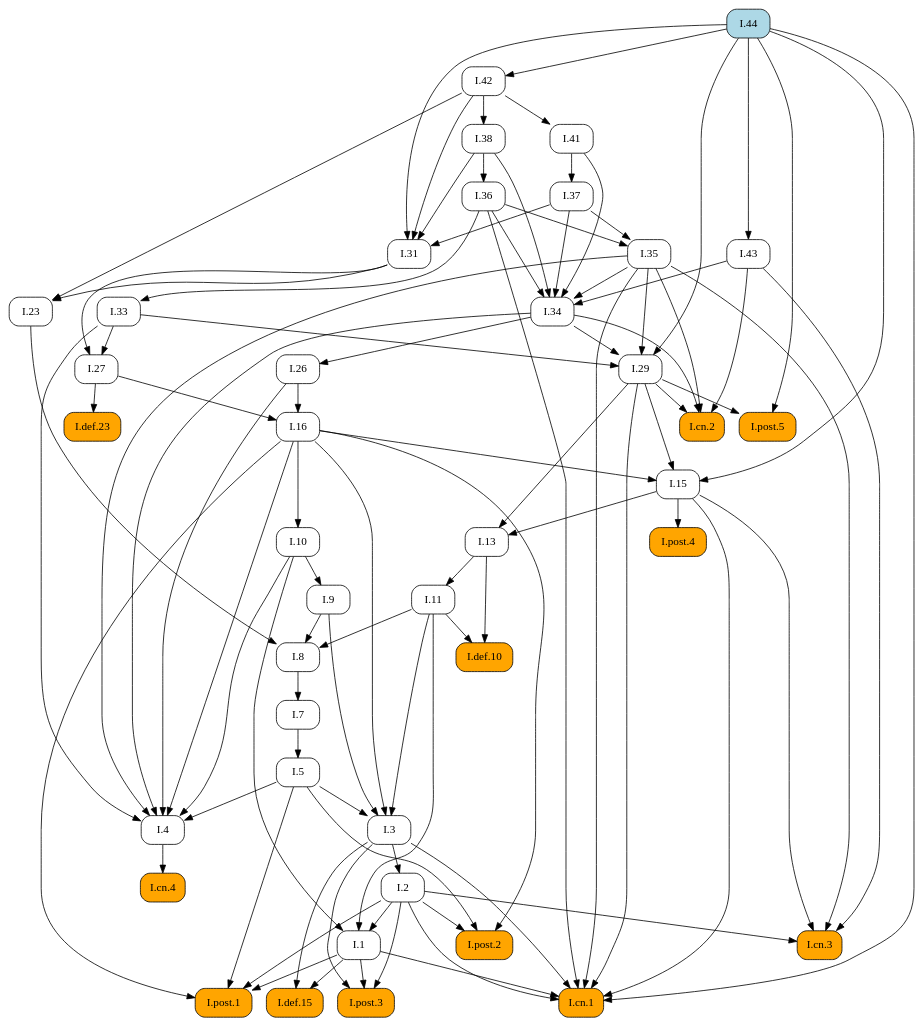
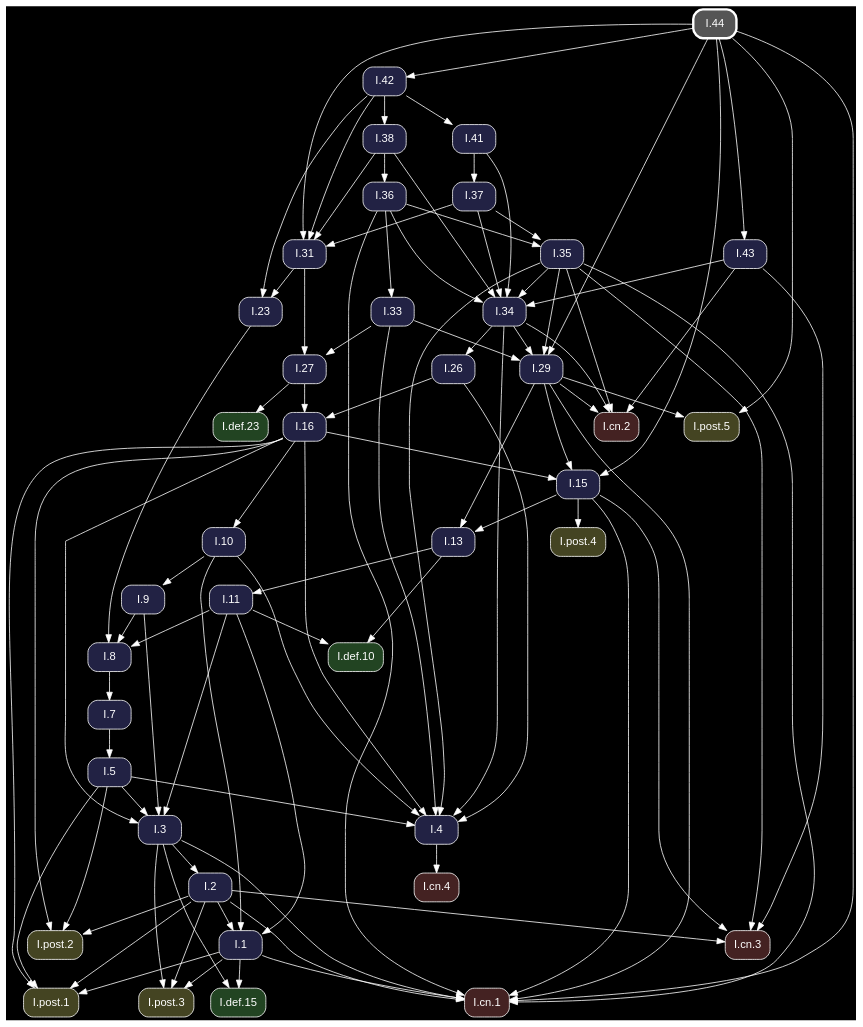
Before and after one commit to geometor/elements: the diagram in docsrc/heath/I/44/index.rst, drawn with Graphviz. The commit also changed other lines of this file and 1200 other files, not shown here.

Commit message:
update dependency graphs

```diff
--- a/docsrc/heath/I/44/index.rst
+++ b/docsrc/heath/I/44/index.rst
@@ -57,83 +57,58 @@
 .. graphviz::
 
    digraph {
+     bgcolor="black";
+     node [shape=box, style="rounded,filled", fontname="Helvetica", color="white", fontcolor="white"];
+     edge [color="white", fontcolor="white"];
      rankdir="TB";
-     node [shape=box, style=rounded];
-     "I.23" [URL="/heath/I/23/", target="_top"];
-     "I.9" [URL="/heath/I/9/", target="_top"];
-     "I.33" [URL="/heath/I/33/", target="_top"];
-     "I.def.15" [style="rounded,filled", fillcolor=orange, URL="/heath/I/def.15/", target="_top"];
-     "I.post.3" [style="rounded,filled", fillcolor=orange, URL="/heath/I/post.3/", target="_top"];
-     "I.post.1" [style="rounded,filled", fillcolor=orange, URL="/heath/I/post.1/", target="_top"];
-     "I.43" [URL="/heath/I/43/", target="_top"];
-     "I.42" [URL="/heath/I/42/", target="_top"];
-     "I.31" [URL="/heath/I/31/", target="_top"];
-     "I.def.10" [style="rounded,filled", fillcolor=orange, URL="/heath/I/def.10/", target="_top"];
-     "I.27" [URL="/heath/I/27/", target="_top"];
-     "I.34" [URL="/heath/I/34/", target="_top"];
-     "I.3" [URL="/heath/I/3/", target="_top"];
-     "I.35" [URL="/heath/I/35/", target="_top"];
-     "I.cn.1" [style="rounded,filled", fillcolor=orange, URL="/heath/I/cn.1/", target="_top"];
-     "I.7" [URL="/heath/I/7/", target="_top"];
-     "I.2" [URL="/heath/I/2/", target="_top"];
-     "I.36" [URL="/heath/I/36/", target="_top"];
-     "I.13" [URL="/heath/I/13/", target="_top"];
-     "I.post.4" [style="rounded,filled", fillcolor=orange, URL="/heath/I/post.4/", target="_top"];
-     "I.4" [URL="/heath/I/4/", target="_top"];
-     "I.1" [URL="/heath/I/1/", target="_top"];
-     "I.5" [URL="/heath/I/5/", target="_top"];
-     "I.8" [URL="/heath/I/8/", target="_top"];
-     "I.37" [URL="/heath/I/37/", target="_top"];
-     "I.cn.3" [style="rounded,filled", fillcolor=orange, URL="/heath/I/cn.3/", target="_top"];
-     "I.29" [URL="/heath/I/29/", target="_top"];
-     "I.16" [URL="/heath/I/16/", target="_top"];
-     "I.38" [URL="/heath/I/38/", target="_top"];
-     "I.15" [URL="/heath/I/15/", target="_top"];
-     "I.10" [URL="/heath/I/10/", target="_top"];
-     "I.11" [URL="/heath/I/11/", target="_top"];
-     "I.def.23" [style="rounded,filled", fillcolor=orange, URL="/heath/I/def.23/", target="_top"];
-     "I.cn.2" [style="rounded,filled", fillcolor=orange, URL="/heath/I/cn.2/", target="_top"];
-     "I.post.5" [style="rounded,filled", fillcolor=orange, URL="/heath/I/post.5/", target="_top"];
-     "I.cn.4" [style="rounded,filled", fillcolor=orange, URL="/heath/I/cn.4/", target="_top"];
-     "I.44" [style="rounded,filled", fillcolor=lightblue, URL="/heath/I/44/", target="_top"];
-     "I.41" [URL="/heath/I/41/", target="_top"];
-     "I.post.2" [style="rounded,filled", fillcolor=orange, URL="/heath/I/post.2/", target="_top"];
-     "I.26" [URL="/heath/I/26/", target="_top"];
-     "I.31" -> "I.23";
-     "I.42" -> "I.23";
-     "I.10" -> "I.9";
-     "I.36" -> "I.33";
-     "I.1" -> "I.def.15";
-     "I.3" -> "I.def.15";
-     "I.1" -> "I.post.3";
-     "I.2" -> "I.post.3";
-     "I.3" -> "I.post.3";
-     "I.1" -> "I.post.1";
-     "I.2" -> "I.post.1";
-     "I.5" -> "I.post.1";
-     "I.16" -> "I.post.1";
-     "I.44" -> "I.43";
-     "I.44" -> "I.42";
+     "I.31" [fillcolor="#222244", URL="/heath/I/31/", target="_top"];
+     "I.3" [fillcolor="#222244", URL="/heath/I/3/", target="_top"];
+     "I.cn.1" [fillcolor="#442222", URL="/heath/I/cn.1/", target="_top"];
+     "I.def.10" [fillcolor="#224422", URL="/heath/I/def.10/", target="_top"];
+     "I.15" [fillcolor="#222244", URL="/heath/I/15/", target="_top"];
+     "I.13" [fillcolor="#222244", URL="/heath/I/13/", target="_top"];
+     "I.27" [fillcolor="#222244", URL="/heath/I/27/", target="_top"];
+     "I.2" [fillcolor="#222244", URL="/heath/I/2/", target="_top"];
+     "I.41" [fillcolor="#222244", URL="/heath/I/41/", target="_top"];
+     "I.cn.2" [fillcolor="#442222", URL="/heath/I/cn.2/", target="_top"];
+     "I.9" [fillcolor="#222244", URL="/heath/I/9/", target="_top"];
+     "I.43" [fillcolor="#222244", URL="/heath/I/43/", target="_top"];
+     "I.post.5" [fillcolor="#444422", URL="/heath/I/post.5/", target="_top"];
+     "I.1" [fillcolor="#222244", URL="/heath/I/1/", target="_top"];
+     "I.post.4" [fillcolor="#444422", URL="/heath/I/post.4/", target="_top"];
+     "I.23" [fillcolor="#222244", URL="/heath/I/23/", target="_top"];
+     "I.42" [fillcolor="#222244", URL="/heath/I/42/", target="_top"];
+     "I.26" [fillcolor="#222244", URL="/heath/I/26/", target="_top"];
+     "I.8" [fillcolor="#222244", URL="/heath/I/8/", target="_top"];
+     "I.4" [fillcolor="#222244", URL="/heath/I/4/", target="_top"];
+     "I.7" [fillcolor="#222244", URL="/heath/I/7/", target="_top"];
+     "I.5" [fillcolor="#222244", URL="/heath/I/5/", target="_top"];
+     "I.10" [fillcolor="#222244", URL="/heath/I/10/", target="_top"];
+     "I.post.1" [fillcolor="#444422", URL="/heath/I/post.1/", target="_top"];
+     "I.11" [fillcolor="#222244", URL="/heath/I/11/", target="_top"];
+     "I.16" [fillcolor="#222244", URL="/heath/I/16/", target="_top"];
+     "I.37" [fillcolor="#222244", URL="/heath/I/37/", target="_top"];
+     "I.cn.3" [fillcolor="#442222", URL="/heath/I/cn.3/", target="_top"];
+     "I.36" [fillcolor="#222244", URL="/heath/I/36/", target="_top"];
+     "I.38" [fillcolor="#222244", URL="/heath/I/38/", target="_top"];
+     "I.29" [fillcolor="#222244", URL="/heath/I/29/", target="_top"];
+     "I.post.2" [fillcolor="#444422", URL="/heath/I/post.2/", target="_top"];
+     "I.cn.4" [fillcolor="#442222", URL="/heath/I/cn.4/", target="_top"];
+     "I.def.23" [fillcolor="#224422", URL="/heath/I/def.23/", target="_top"];
+     "I.35" [fillcolor="#222244", URL="/heath/I/35/", target="_top"];
+     "I.post.3" [fillcolor="#444422", URL="/heath/I/post.3/", target="_top"];
+     "I.33" [fillcolor="#222244", URL="/heath/I/33/", target="_top"];
+     "I.34" [fillcolor="#222244", URL="/heath/I/34/", target="_top"];
+     "I.44" [penwidth=3, color="white", fillcolor="#555555", URL="/heath/I/44/", target="_top"];
+     "I.def.15" [fillcolor="#224422", URL="/heath/I/def.15/", target="_top"];
      "I.37" -> "I.31";
      "I.38" -> "I.31";
      "I.42" -> "I.31";
      "I.44" -> "I.31";
-     "I.11" -> "I.def.10";
-     "I.13" -> "I.def.10";
-     "I.31" -> "I.27";
-     "I.33" -> "I.27";
-     "I.35" -> "I.34";
-     "I.36" -> "I.34";
-     "I.37" -> "I.34";
-     "I.38" -> "I.34";
-     "I.41" -> "I.34";
-     "I.43" -> "I.34";
      "I.5" -> "I.3";
      "I.9" -> "I.3";
      "I.11" -> "I.3";
      "I.16" -> "I.3";
-     "I.36" -> "I.35";
-     "I.37" -> "I.35";
      "I.1" -> "I.cn.1";
      "I.2" -> "I.cn.1";
      "I.3" -> "I.cn.1";
@@ -142,12 +117,36 @@
      "I.35" -> "I.cn.1";
      "I.36" -> "I.cn.1";
      "I.44" -> "I.cn.1";
-     "I.8" -> "I.7";
-     "I.3" -> "I.2";
-     "I.38" -> "I.36";
+     "I.11" -> "I.def.10";
+     "I.13" -> "I.def.10";
+     "I.16" -> "I.15";
+     "I.29" -> "I.15";
+     "I.44" -> "I.15";
      "I.15" -> "I.13";
      "I.29" -> "I.13";
+     "I.31" -> "I.27";
+     "I.33" -> "I.27";
+     "I.3" -> "I.2";
+     "I.42" -> "I.41";
+     "I.29" -> "I.cn.2";
+     "I.34" -> "I.cn.2";
+     "I.35" -> "I.cn.2";
+     "I.43" -> "I.cn.2";
+     "I.10" -> "I.9";
+     "I.44" -> "I.43";
+     "I.29" -> "I.post.5";
+     "I.44" -> "I.post.5";
+     "I.2" -> "I.1";
+     "I.10" -> "I.1";
+     "I.11" -> "I.1";
      "I.15" -> "I.post.4";
+     "I.31" -> "I.23";
+     "I.42" -> "I.23";
+     "I.44" -> "I.42";
+     "I.34" -> "I.26";
+     "I.9" -> "I.8";
+     "I.11" -> "I.8";
+     "I.23" -> "I.8";
      "I.5" -> "I.4";
      "I.10" -> "I.4";
      "I.16" -> "I.4";
@@ -155,41 +154,44 @@
      "I.33" -> "I.4";
      "I.34" -> "I.4";
      "I.35" -> "I.4";
-     "I.2" -> "I.1";
-     "I.10" -> "I.1";
-     "I.11" -> "I.1";
+     "I.8" -> "I.7";
      "I.7" -> "I.5";
-     "I.9" -> "I.8";
-     "I.11" -> "I.8";
-     "I.23" -> "I.8";
+     "I.16" -> "I.10";
+     "I.1" -> "I.post.1";
+     "I.2" -> "I.post.1";
+     "I.5" -> "I.post.1";
+     "I.16" -> "I.post.1";
+     "I.13" -> "I.11";
+     "I.26" -> "I.16";
+     "I.27" -> "I.16";
      "I.41" -> "I.37";
      "I.2" -> "I.cn.3";
      "I.15" -> "I.cn.3";
      "I.35" -> "I.cn.3";
      "I.43" -> "I.cn.3";
+     "I.38" -> "I.36";
+     "I.42" -> "I.38";
      "I.33" -> "I.29";
      "I.34" -> "I.29";
      "I.35" -> "I.29";
      "I.44" -> "I.29";
-     "I.26" -> "I.16";
-     "I.27" -> "I.16";
-     "I.42" -> "I.38";
-     "I.16" -> "I.15";
-     "I.29" -> "I.15";
-     "I.44" -> "I.15";
-     "I.16" -> "I.10";
-     "I.13" -> "I.11";
-     "I.27" -> "I.def.23";
-     "I.29" -> "I.cn.2";
-     "I.34" -> "I.cn.2";
-     "I.35" -> "I.cn.2";
-     "I.43" -> "I.cn.2";
-     "I.29" -> "I.post.5";
-     "I.44" -> "I.post.5";
-     "I.4" -> "I.cn.4";
-     "I.42" -> "I.41";
      "I.2" -> "I.post.2";
      "I.5" -> "I.post.2";
      "I.16" -> "I.post.2";
-     "I.34" -> "I.26";
+     "I.4" -> "I.cn.4";
+     "I.27" -> "I.def.23";
+     "I.36" -> "I.35";
+     "I.37" -> "I.35";
+     "I.1" -> "I.post.3";
+     "I.2" -> "I.post.3";
+     "I.3" -> "I.post.3";
+     "I.36" -> "I.33";
+     "I.35" -> "I.34";
+     "I.36" -> "I.34";
+     "I.37" -> "I.34";
+     "I.38" -> "I.34";
+     "I.41" -> "I.34";
+     "I.43" -> "I.34";
+     "I.1" -> "I.def.15";
+     "I.3" -> "I.def.15";
    }
```
